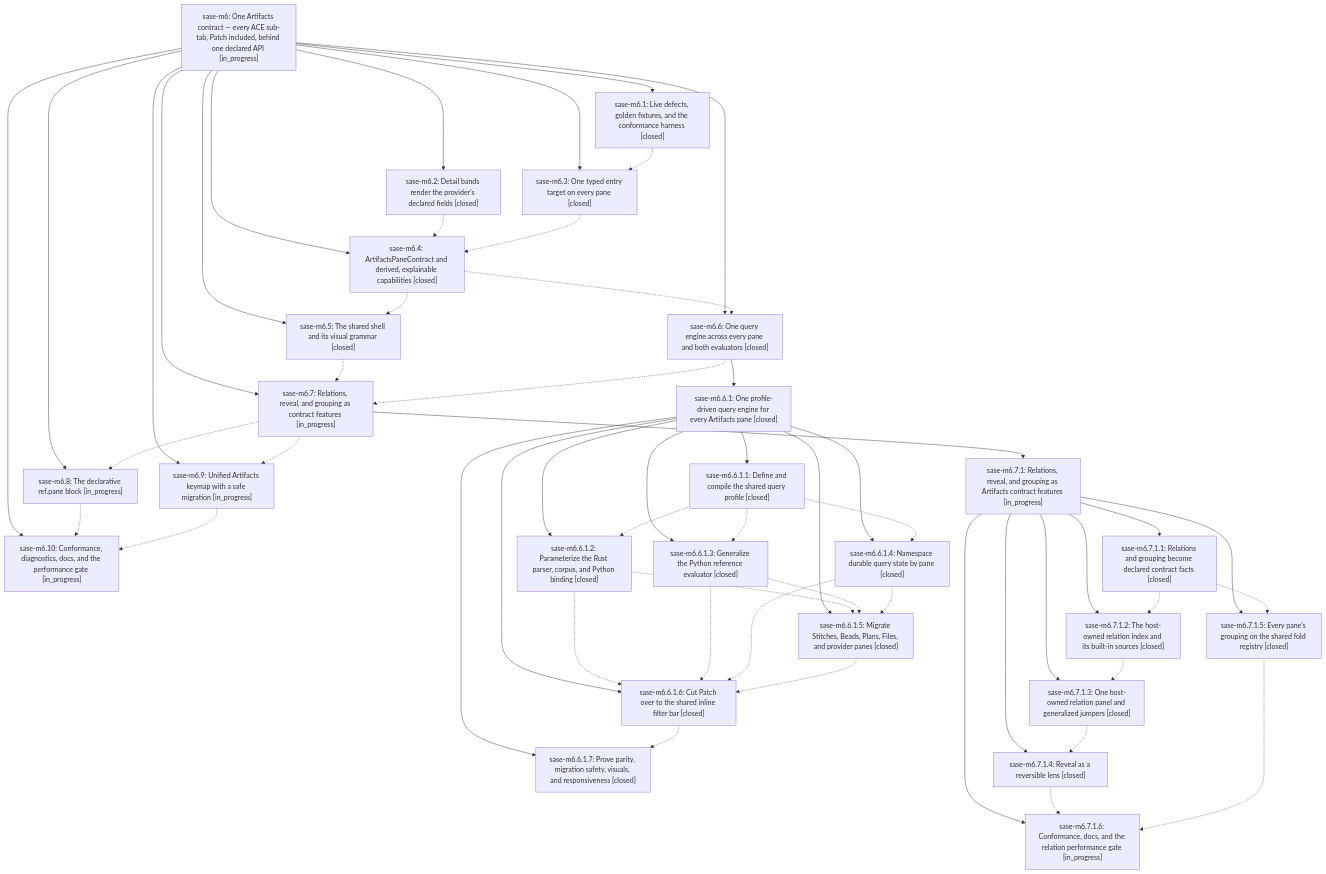
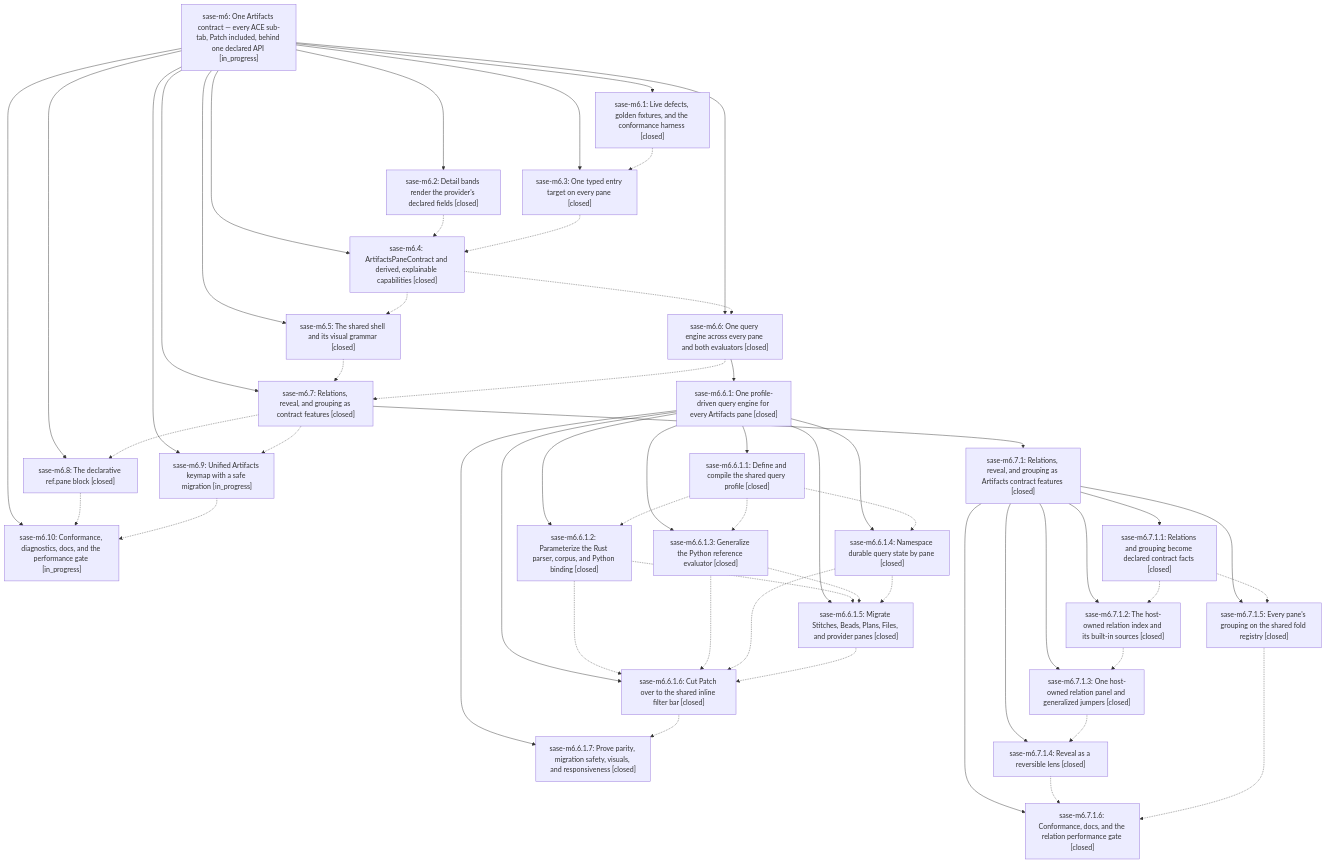
The diagram in pages/sase-m6/README.md (sase-org/sase--beads), drawn with Mermaid before and after one commit. The commit also changed other lines of this file and 10 other files, not shown here.

````diff
--- a/pages/sase-m6/README.md
+++ b/pages/sase-m6/README.md
@@ -52,82 +52,82 @@
 ```mermaid
 flowchart TD
     n0["sase-m6: One Artifacts contract — every ACE sub-tab, Patch included, behind one declared API [in_progress]"]
     n1["sase-m6.1: Live defects, golden fixtures, and the conformance harness [closed]"]
     n2["sase-m6.10: Conformance, diagnostics, docs, and the performance gate [in_progress]"]
     n3["sase-m6.2: Detail bands render the provider's declared fields [closed]"]
     n4["sase-m6.3: One typed entry target on every pane [closed]"]
     n5["sase-m6.4: ArtifactsPaneContract and derived, explainable capabilities [closed]"]
     n6["sase-m6.5: The shared shell and its visual grammar [closed]"]
     n7["sase-m6.6: One query engine across every pane and both evaluators [closed]"]
     n8["sase-m6.6.1: One profile-driven query engine for every Artifacts pane [closed]"]
     n9["sase-m6.6.1.1: Define and compile the shared query profile [closed]"]
     n10["sase-m6.6.1.2: Parameterize the Rust parser, corpus, and Python binding [closed]"]
     n11["sase-m6.6.1.3: Generalize the Python reference evaluator [closed]"]
     n12["sase-m6.6.1.4: Namespace durable query state by pane [closed]"]
     n13["sase-m6.6.1.5: Migrate Stitches, Beads, Plans, Files, and provider panes [closed]"]
     n14["sase-m6.6.1.6: Cut Patch over to the shared inline filter bar [closed]"]
     n15["sase-m6.6.1.7: Prove parity, migration safety, visuals, and responsiveness [closed]"]
-    n16["sase-m6.7: Relations, reveal, and grouping as contract features [in_progress]"]
-    n17["sase-m6.7.1: Relations, reveal, and grouping as Artifacts contract features [in_progress]"]
+    n16["sase-m6.7: Relations, reveal, and grouping as contract features [closed]"]
+    n17["sase-m6.7.1: Relations, reveal, and grouping as Artifacts contract features [closed]"]
     n18["sase-m6.7.1.1: Relations and grouping become declared contract facts [closed]"]
     n19["sase-m6.7.1.2: The host-owned relation index and its built-in sources [closed]"]
     n20["sase-m6.7.1.3: One host-owned relation panel and generalized jumpers [closed]"]
     n21["sase-m6.7.1.4: Reveal as a reversible lens [closed]"]
     n22["sase-m6.7.1.5: Every pane's grouping on the shared fold registry [closed]"]
-    n23["sase-m6.7.1.6: Conformance, docs, and the relation performance gate [in_progress]"]
-    n24["sase-m6.8: The declarative ref.pane block [in_progress]"]
+    n23["sase-m6.7.1.6: Conformance, docs, and the relation performance gate [closed]"]
+    n24["sase-m6.8: The declarative ref.pane block [closed]"]
     n25["sase-m6.9: Unified Artifacts keymap with a safe migration [in_progress]"]
     n0 --> n1
     n0 --> n2
     n0 --> n3
     n0 --> n4
     n0 --> n5
     n0 --> n6
     n0 --> n7
     n7 --> n8
     n8 --> n9
     n8 --> n10
     n8 --> n11
     n8 --> n12
     n8 --> n13
     n8 --> n14
     n8 --> n15
     n0 --> n16
     n16 --> n17
     n17 --> n18
     n17 --> n19
     n17 --> n20
     n17 --> n21
     n17 --> n22
     n17 --> n23
     n0 --> n24
     n0 --> n25
     n1 -.-> n4
     n3 -.-> n5
     n4 -.-> n5
     n5 -.-> n6
     n5 -.-> n7
     n6 -.-> n16
     n7 -.-> n16
     n9 -.-> n10
     n9 -.-> n11
     n9 -.-> n12
     n10 -.-> n13
     n10 -.-> n14
     n11 -.-> n13
     n11 -.-> n14
     n12 -.-> n13
     n12 -.-> n14
     n13 -.-> n14
     n14 -.-> n15
     n16 -.-> n24
     n16 -.-> n25
     n18 -.-> n19
     n18 -.-> n22
     n19 -.-> n20
     n20 -.-> n21
     n21 -.-> n23
     n22 -.-> n23
     n24 -.-> n2
     n25 -.-> n2
 ```
````
